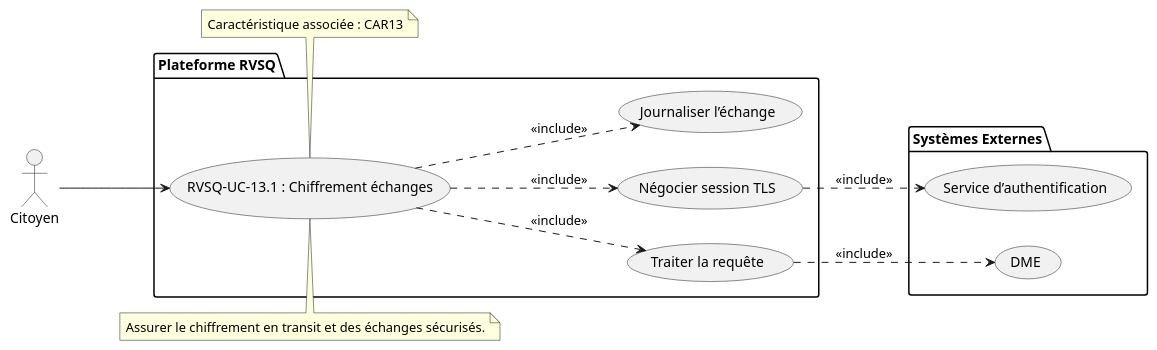
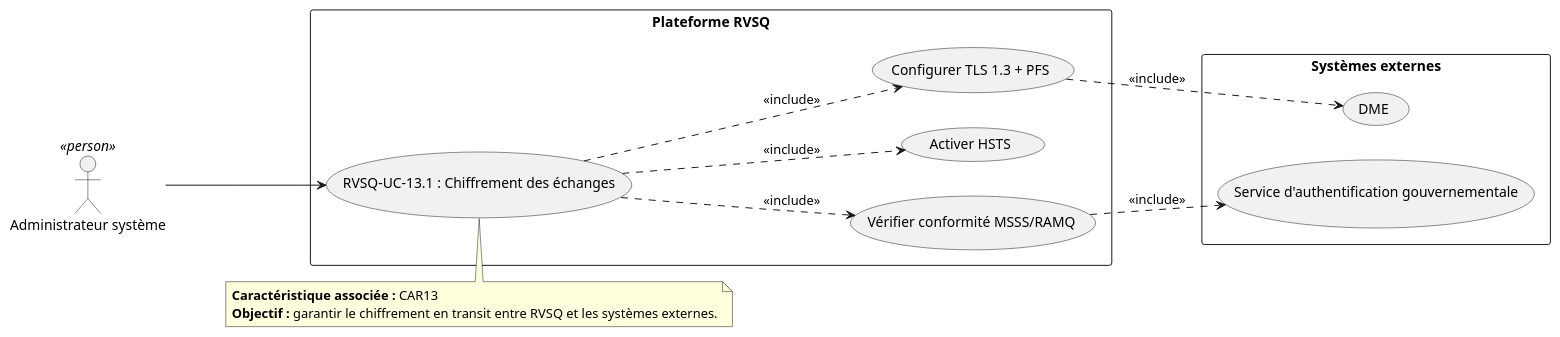
One commit to serghino/use-cases-RVSQ changed the diagram in RVSQ-UC-13_1_Chiffrement_Echanges.puml. Above: the diagram before and after it, drawn with PlantUML. The commit also changed 25 other files, not shown here.

```diff
--- a/RVSQ-UC-13_1_Chiffrement_Echanges.puml
+++ b/RVSQ-UC-13_1_Chiffrement_Echanges.puml
@@ -1,32 +1,30 @@
 @startuml RVSQ-UC-13_1_Chiffrement_Echanges
 left to right direction
-actor "Citoyen" as a1
 
-package "Plateforme RVSQ" {
-  usecase "RVSQ-UC-13.1 : Chiffrement échanges" as UC131
-  usecase "Négocier session TLS" as UC131_1
-  usecase "Traiter la requête" as UC131_2
-  usecase "Journaliser l’échange" as UC131_3
+actor "Administrateur système" as Admin <<person>>
+
+rectangle "Plateforme RVSQ" {
+  usecase "RVSQ-UC-13.1 : Chiffrement des échanges" as UC131
+  usecase "Configurer TLS 1.3 + PFS" as UC131_A
+  usecase "Activer HSTS" as UC131_B
+  usecase "Vérifier conformité MSSS/RAMQ" as UC131_C
 }
 
-package "Systèmes Externes" {
-  usecase "Service d’authentification" as AUTH
+rectangle "Systèmes externes" {
   usecase "DME" as DME
+  usecase "Service d'authentification gouvernementale" as SAG
 }
 
-a1 --> UC131
+Admin --> UC131
+UC131 ..> UC131_A : <<include>>
+UC131 ..> UC131_B : <<include>>
+UC131 ..> UC131_C : <<include>>
 
-UC131 ..> UC131_1 : <<include>>
-UC131 ..> UC131_2 : <<include>>
-UC131 ..> UC131_3 : <<include>>
-UC131_1 ..> AUTH : <<include>>
-UC131_2 ..> DME : <<include>>
+UC131_A ..> DME : <<include>>
+UC131_C ..> SAG : <<include>>
 
 note top of UC131
-Assurer le chiffrement en transit et des échanges sécurisés.
-end note
-
-note bottom of UC131
-Caractéristique associée : CAR13
+  **Caractéristique associée :** CAR13  
+  **Objectif :** garantir le chiffrement en transit entre RVSQ et les systèmes externes.
 end note
 @enduml
```
